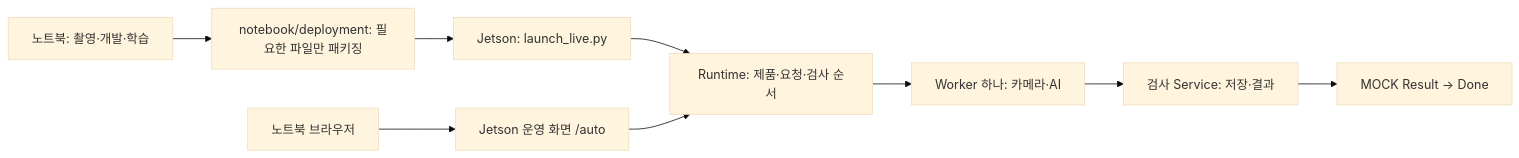
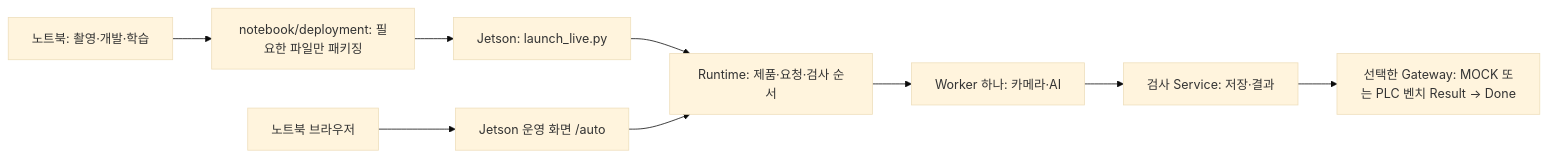
Before and after one commit to tmdgns104/Engine_Assembly_Defect_Inspector: the diagram in README.md, drawn with Mermaid (base theme). The commit also changed other lines of this file and 2 other files, not shown here.

````diff
--- a/README.md
+++ b/README.md
@@ -15,11 +15,11 @@
 ```mermaid
 flowchart LR
   N[노트북: 촬영·개발·학습] --> P[notebook/deployment: 필요한 파일만 패키징]
   P --> J[Jetson: launch_live.py]
   J --> R[Runtime: 제품·요청·검사 순서]
   R --> W[Worker 하나: 카메라·AI]
   W --> S[검사 Service: 저장·결과]
-  S --> M[MOCK Result → Done]
+  S --> M[선택한 Gateway: MOCK 또는 PLC 벤치 Result → Done]
   B[노트북 브라우저] --> H[Jetson 운영 화면 /auto]
   H --> R
 ```
````
